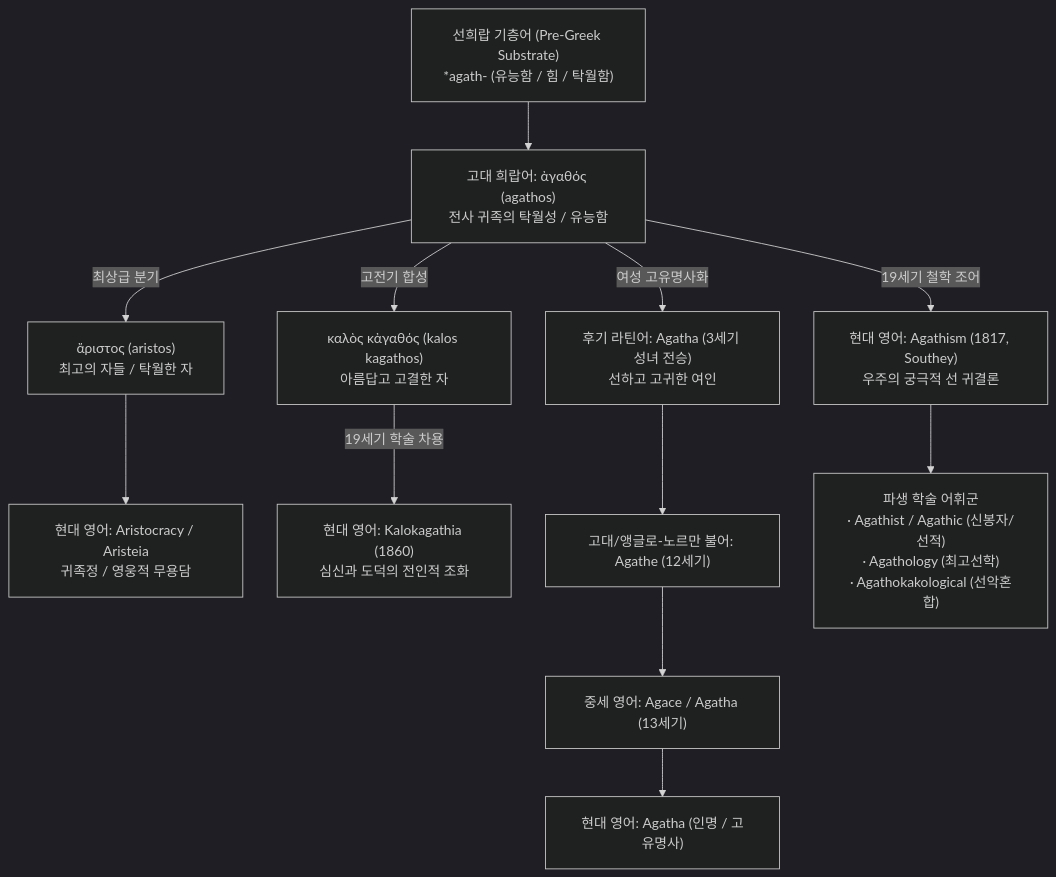
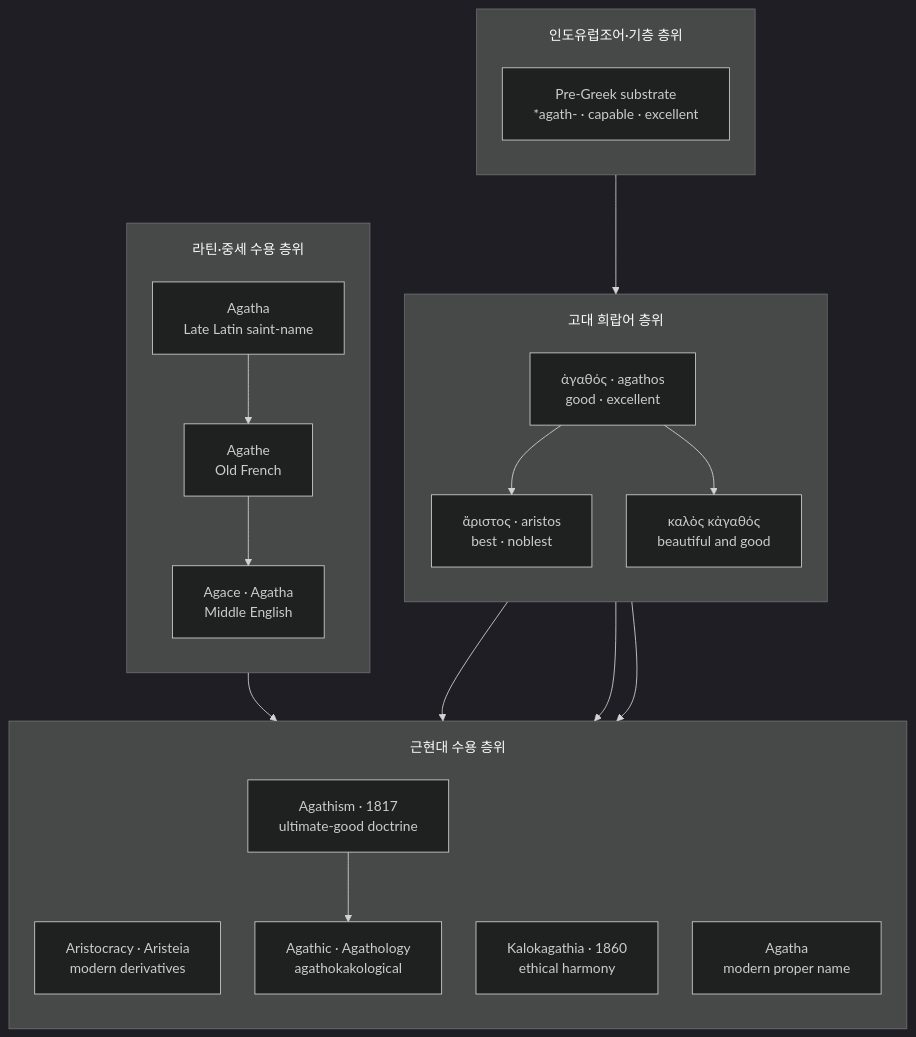
The first of 2 diagrams in words/word-agathos.md (YgHnSIM/Homer_wiki), drawn with Mermaid (dark theme) before and after one commit. The commit also changed other lines of this file, not shown here.

Commit message:
refactor(word-agathos): Type C etymology Mermaid

````diff
--- a/words/word-agathos.md
+++ b/words/word-agathos.md
@@ -32,19 +32,36 @@
 ```mermaid
 %%{init: {'flowchart': {'useMaxWidth': true, 'nodeSpacing': 40, 'rankSpacing': 56, 'padding': 18, 'subGraphTitleMargin': {'top': 18, 'bottom': 10}}}}%%
 flowchart TD
-    SUB["선희랍 기층어 (Pre-Greek Substrate)<br/>*agath- (유능함 / 힘 / 탁월함)"] --> GRK["고대 희랍어: ἀγαθός (agathos)<br/>전사 귀족의 탁월성 / 유능함"]
-    
-    GRK -->|최상급 분기| GRK_SUP["ἄριστος (aristos)<br/>최고의 자들 / 탁월한 자"]
-    GRK_SUP --> ENG_ARISTO["현대 영어: Aristocracy / Aristeia<br/>귀족정 / 영웅적 무용담"]
-    
-    GRK -->|고전기 합성| GRK_KALO["καλὸς κἀγαθός (kalos kagathos)<br/>아름답고 고결한 자"]
-    GRK_KALO -->|19세기 학술 차용| ENG_KALO["현대 영어: Kalokagathia (1860)<br/>심신과 도덕의 전인적 조화"]
-
-    GRK -->|여성 고유명사화| LAT_AGA["후기 라틴어: Agatha (3세기 성녀 전승)<br/>선하고 고귀한 여인"]
-    LAT_AGA --> OFR["고대/앵글로-노르만 불어: Agathe (12세기)"]
-    OFR --> ME_AGA["중세 영어: Agace / Agatha (13세기)"]
-    ME_AGA --> ENG_AGA["현대 영어: Agatha (인명 / 고유명사)"]
-
-    GRK -->|19세기 철학 조어| ENG_AGATHISM["현대 영어: Agathism (1817, Southey)<br/>우주의 궁극적 선 귀결론"]
-    ENG_AGATHISM --> DERIV["파생 학술 어휘군<br/>· Agathist / Agathic (신봉자/선적)<br/>· Agathology (최고선학)<br/>· Agathokakological (선악혼합)"]
+    subgraph PIE_Stage ["인도유럽조어·기층 층위"]
+        direction TB
+        SUB["Pre-Greek substrate<br/>*agath- · capable · excellent"]:::substrate
+    end
+    subgraph Greek_Stage ["고대 희랍어 층위"]
+        direction TB
+        GRK["ἀγαθός · agathos<br/>good · excellent"]:::focus
+        ARISTOS["ἄριστος · aristos<br/>best · noblest"]:::greek
+        KALO["καλὸς κἀγαθός<br/>beautiful and good"]:::greek
+        GRK --> ARISTOS
+        GRK --> KALO
+    end
+    subgraph Latin_Stage ["라틴·중세 수용 층위"]
+        direction TB
+        LAT_AGA["Agatha<br/>Late Latin saint-name"]:::latin
+        OFR["Agathe<br/>Old French"]:::latin
+        ME["Agace · Agatha<br/>Middle English"]:::latin
+        LAT_AGA --> OFR --> ME
+    end
+    subgraph Modern_Stage ["근현대 수용 층위"]
+        direction TB
+        ARISTO["Aristocracy · Aristeia<br/>modern derivatives"]:::english
+        KALOK["Kalokagathia · 1860<br/>ethical harmony"]:::english
+        AGATHA["Agatha<br/>modern proper name"]:::english
+        AGATHISM["Agathism · 1817<br/>ultimate-good doctrine"]:::english
+        DERIV["Agathic · Agathology<br/>agathokakological"]:::note
+        ARISTOS --> ARISTO
+        KALO --> KALOK
+        ME --> AGATHA
+        GRK --> AGATHISM --> DERIV
+    end
+    SUB --> GRK
 ```
````
